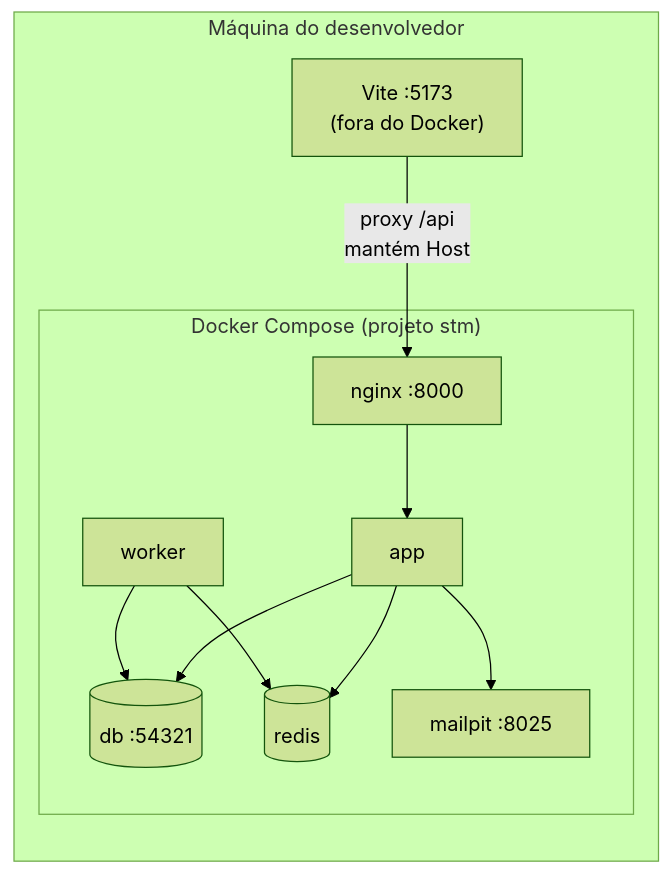
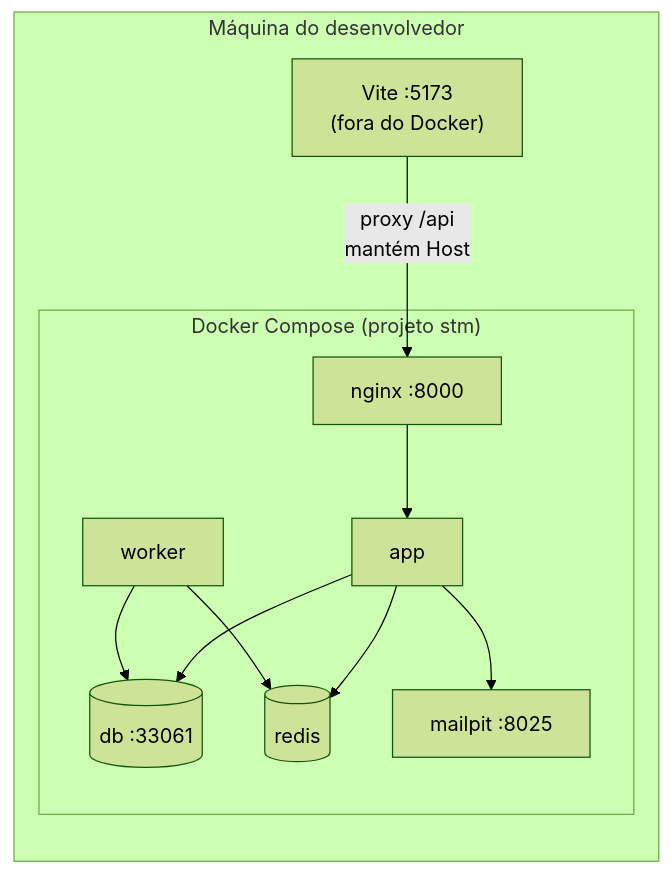
Before and after one commit to CristovaoCarlos/ERP-Estudos: the fifth of 5 diagrams in docs/arquitetura/arc42.md, drawn with Mermaid (forest theme). The commit also changed other lines of this file and 76 other files, not shown here.

````diff
--- a/docs/arquitetura/arc42.md
+++ b/docs/arquitetura/arc42.md
@@ -190,21 +190,21 @@
 ```mermaid
 flowchart LR
     subgraph maquina["Máquina do desenvolvedor"]
         vite["Vite :5173<br/>(fora do Docker)"]
         subgraph compose["Docker Compose (projeto stm)"]
             nginx["nginx :8000"]
             app["app"]
             worker["worker"]
-            db[("db :54321")]
+            db[("db :33061")]
             redis[("redis")]
             mailpit["mailpit :8025"]
         end
     end
     vite -- "proxy /api<br/>mantém Host" --> nginx
     nginx --> app
     app --> db
     app --> redis
     worker --> redis
     worker --> db
     app --> mailpit
 ```
````
